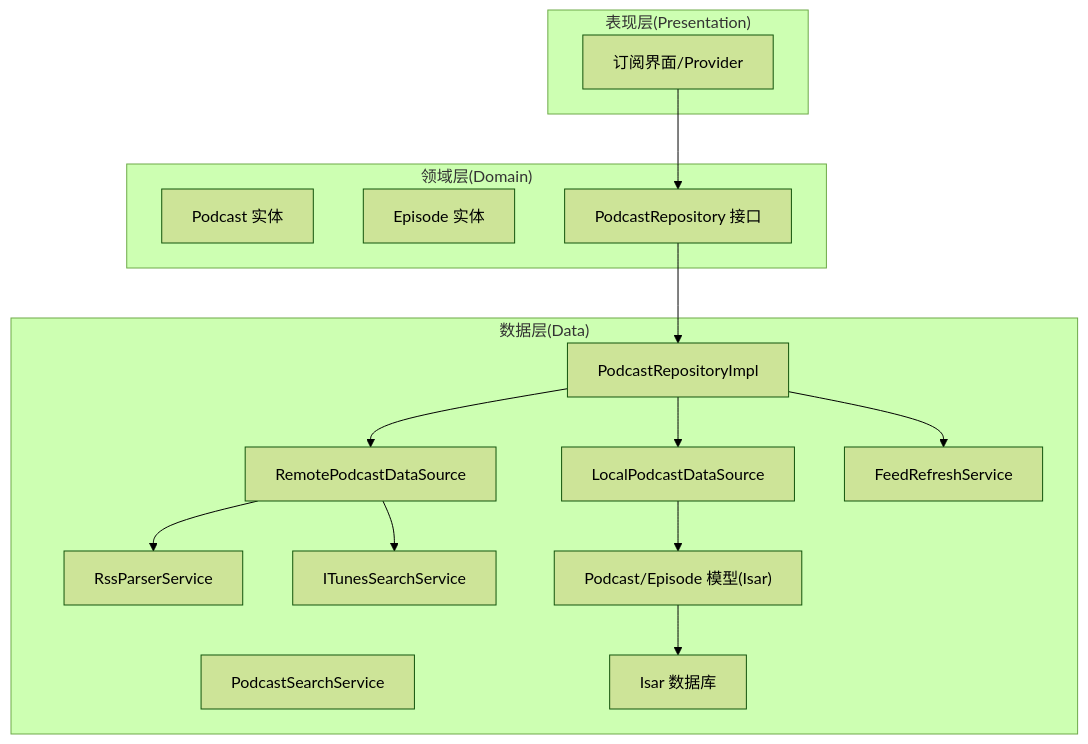
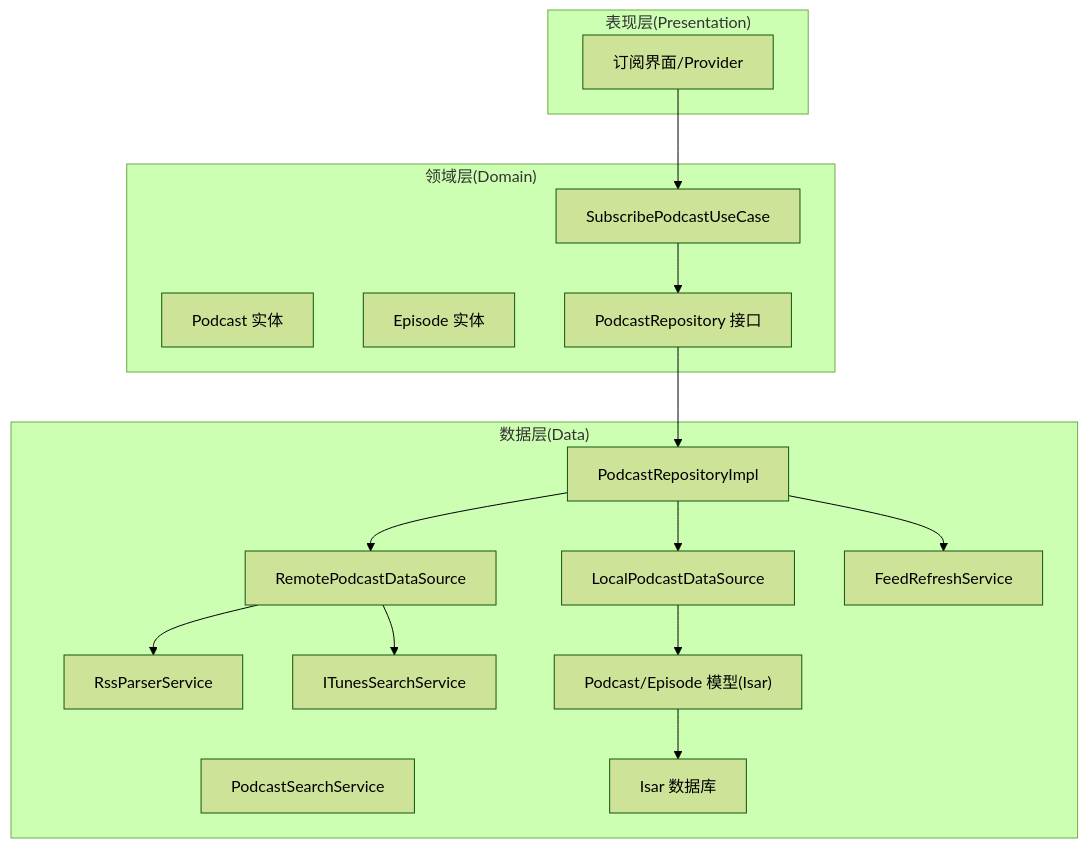
The first of 7 diagrams in .qoder/repowiki/zh/content/核心功能模块/播客订阅系统/播客订阅系统.md (ZTfer/Tinycast), drawn with Mermaid (forest theme) before and after one commit. The commit also changed other lines of this file and 210 other files, not shown here.

````diff
--- a/.qoder/repowiki/zh/content/核心功能模块/播客订阅系统/播客订阅系统.md
+++ b/.qoder/repowiki/zh/content/核心功能模块/播客订阅系统/播客订阅系统.md
@@ -48,31 +58,33 @@
 ```mermaid
 graph TB
 subgraph "领域层(Domain)"
 D_Podcast["Podcast 实体"]
 D_Episode["Episode 实体"]
 D_Repo["PodcastRepository 接口"]
+D_UseCase["SubscribePodcastUseCase"]
 end
 subgraph "数据层(Data)"
 R_RepoImpl["PodcastRepositoryImpl"]
 R_Remote["RemotePodcastDataSource"]
 R_Local["LocalPodcastDataSource"]
 S_RSS["RssParserService"]
 S_Search["PodcastSearchService"]
 S_ITunes["ITunesSearchService"]
 S_Feed["FeedRefreshService"]
 M_Models["Podcast/Episode 模型(Isar)"]
 DB_Isar["Isar 数据库"]
 end
 subgraph "表现层(Presentation)"
 UI_Subscribe["订阅界面/Provider"]
 end
-UI_Subscribe --> D_Repo
+UI_Subscribe --> D_UseCase
+D_UseCase --> D_Repo
 D_Repo --> R_RepoImpl
 R_RepoImpl --> R_Remote
 R_RepoImpl --> R_Local
 R_Remote --> S_RSS
 R_Remote --> S_ITunes
 R_RepoImpl --> S_Feed
 R_Local --> M_Models
 M_Models --> DB_Isar
 ```
````
